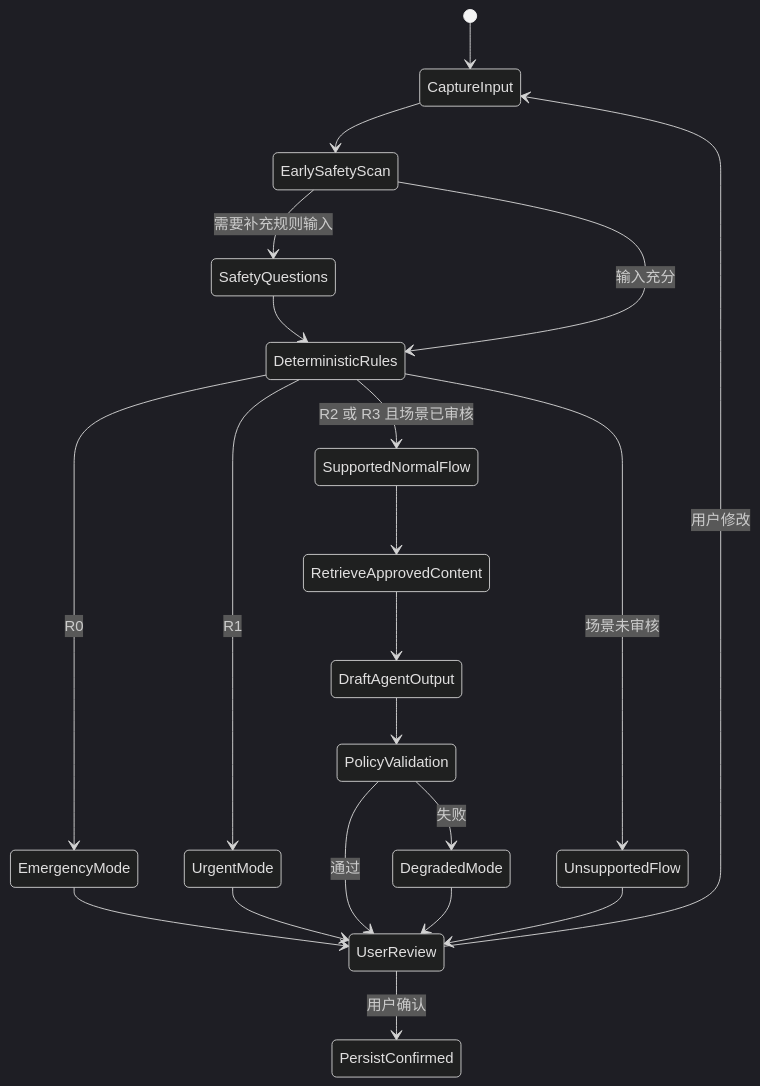
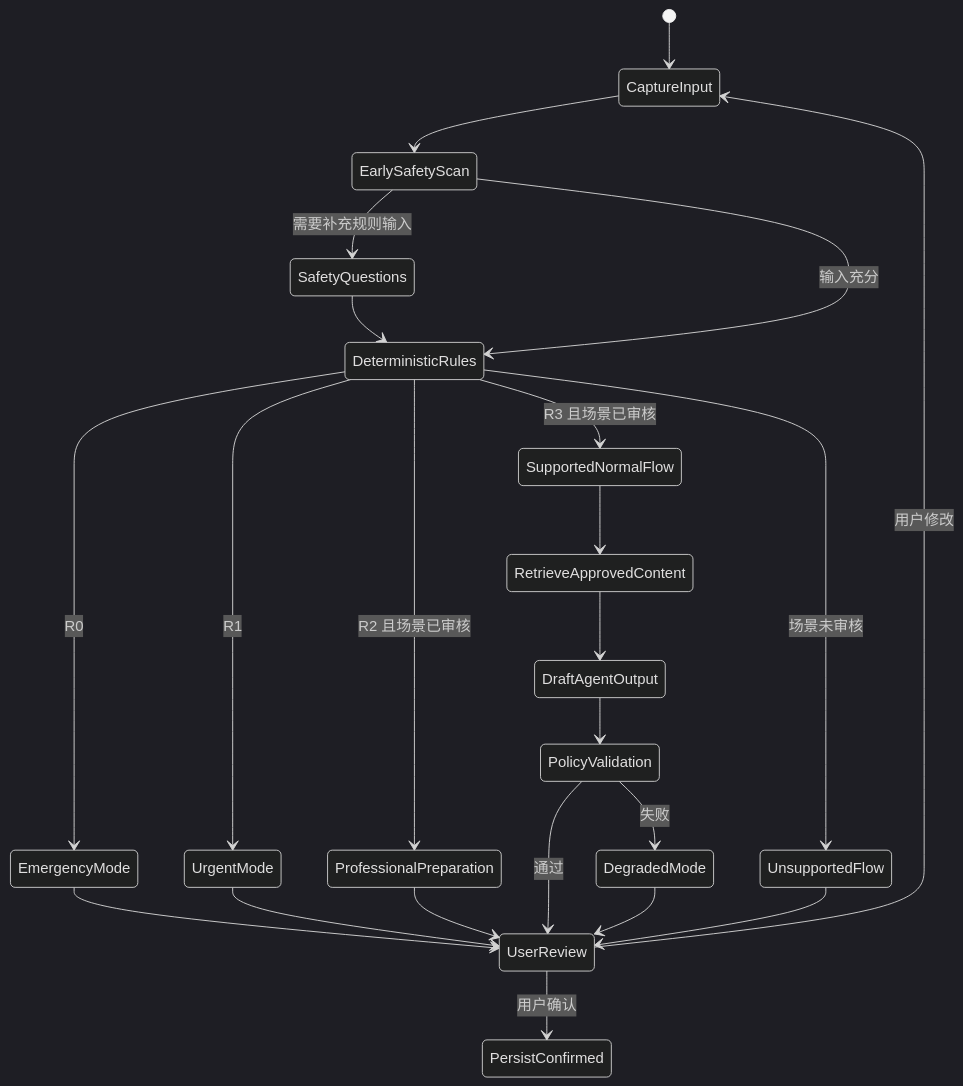
One commit to liudejua27-blip/doctor changed the diagram in docs/09_SAFETY_AND_CLINICAL_CONTENT.md. Above: the diagram before and after it, drawn with Mermaid (dark theme). The commit also changed other lines of this file and 52 other files, not shown here.

````diff
--- a/docs/09_SAFETY_AND_CLINICAL_CONTENT.md
+++ b/docs/09_SAFETY_AND_CLINICAL_CONTENT.md
@@ -169,23 +169,25 @@
 ```mermaid
 stateDiagram-v2
     [*] --> CaptureInput
     CaptureInput --> EarlySafetyScan
     EarlySafetyScan --> SafetyQuestions: 需要补充规则输入
     EarlySafetyScan --> DeterministicRules: 输入充分
     SafetyQuestions --> DeterministicRules
     DeterministicRules --> EmergencyMode: R0
     DeterministicRules --> UrgentMode: R1
-    DeterministicRules --> SupportedNormalFlow: R2 或 R3 且场景已审核
+    DeterministicRules --> ProfessionalPreparation: R2 且场景已审核
+    DeterministicRules --> SupportedNormalFlow: R3 且场景已审核
     DeterministicRules --> UnsupportedFlow: 场景未审核
+    ProfessionalPreparation --> UserReview
     SupportedNormalFlow --> RetrieveApprovedContent
     RetrieveApprovedContent --> DraftAgentOutput
     DraftAgentOutput --> PolicyValidation
     PolicyValidation --> UserReview: 通过
     PolicyValidation --> DegradedMode: 失败
     EmergencyMode --> UserReview
     UrgentMode --> UserReview
     UnsupportedFlow --> UserReview
     DegradedMode --> UserReview
     UserReview --> PersistConfirmed: 用户确认
     UserReview --> CaptureInput: 用户修改
 ```
````
